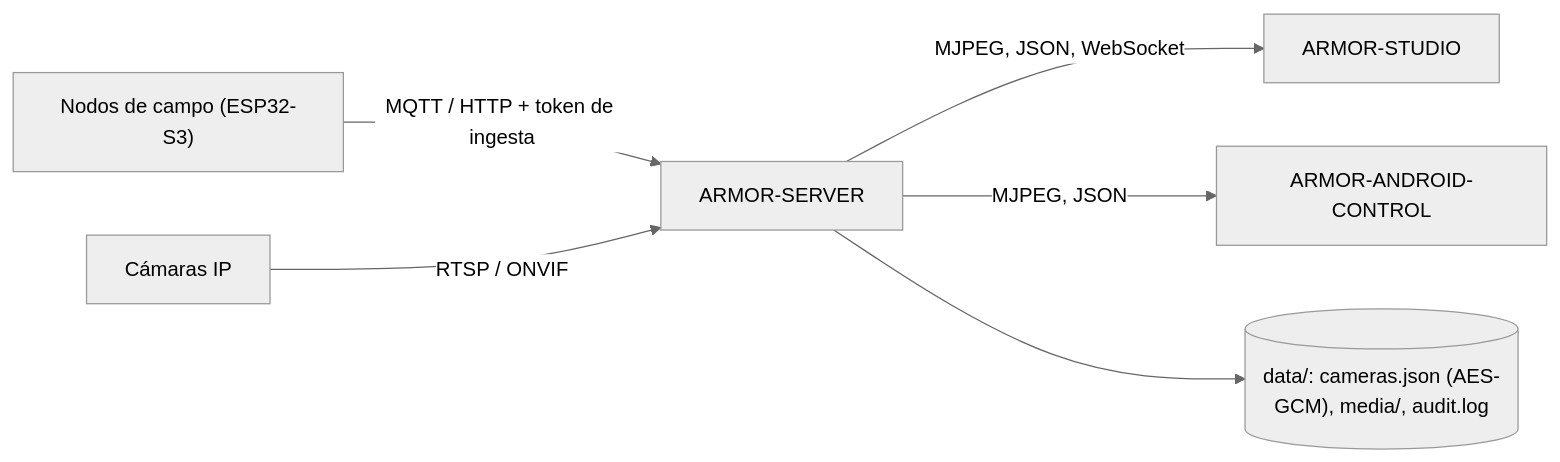
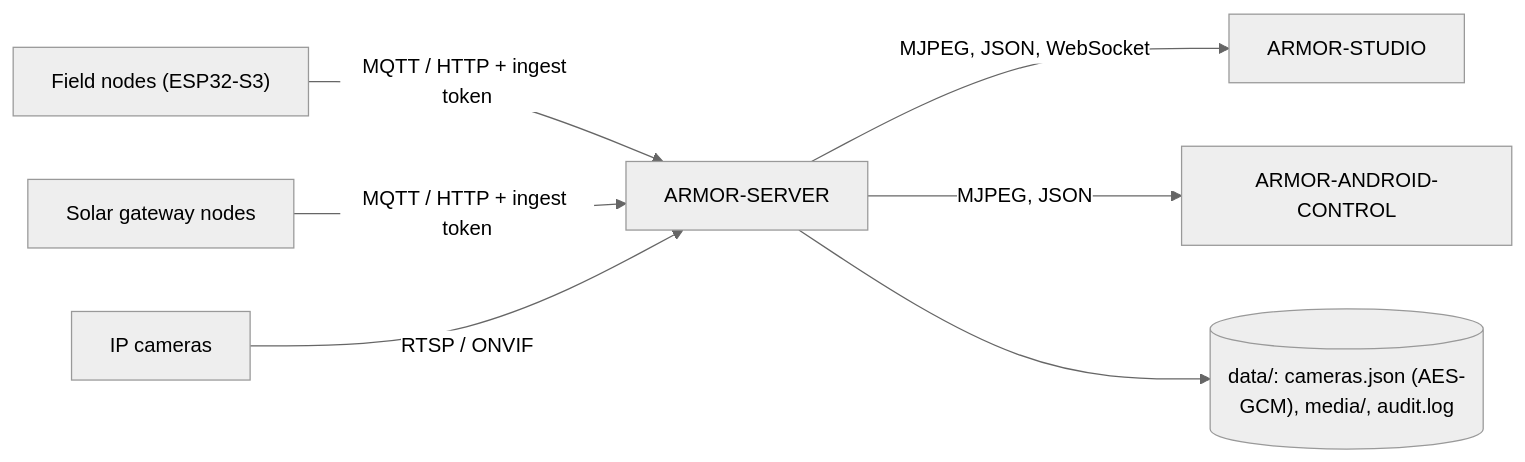
Before and after one commit to JuanenRac/ARMOR-SERVER: the diagram in README_spa.md, drawn with Mermaid (neutral theme). The commit also changed other lines of this file and 8 other files, not shown here.

````diff
--- a/README_spa.md
+++ b/README_spa.md
@@ -47,8 +49,9 @@
 ```mermaid
 flowchart LR
-    N["Nodos de campo (ESP32-S3)"] -->|MQTT / HTTP + token de ingesta| S["ARMOR-SERVER"]
-    C["Cámaras IP"] -->|RTSP / ONVIF| S
+    N["Field nodes (ESP32-S3)"] -->|MQTT / HTTP + ingest token| S["ARMOR-SERVER"]
+    G["Solar gateway nodes"] -->|MQTT / HTTP + ingest token| S
+    C["IP cameras"] -->|RTSP / ONVIF| S
     S -->|"MJPEG, JSON, WebSocket"| U["ARMOR-STUDIO"]
     S -->|"MJPEG, JSON"| A["ARMOR-ANDROID-CONTROL"]
     S --> D[("data/: cameras.json (AES-GCM), media/, audit.log")]
 ```
````
